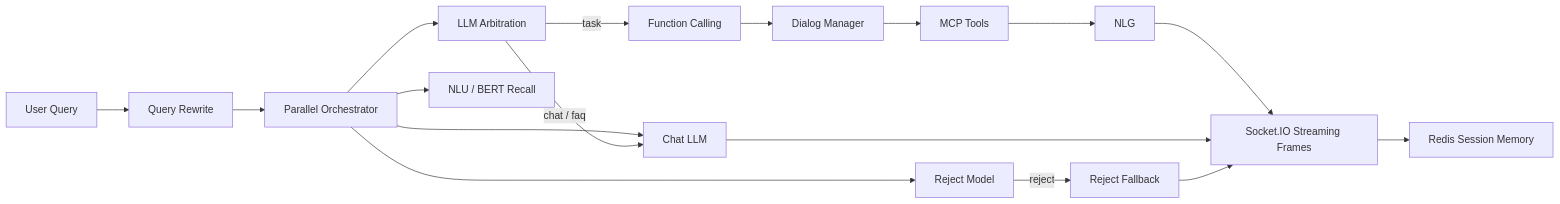
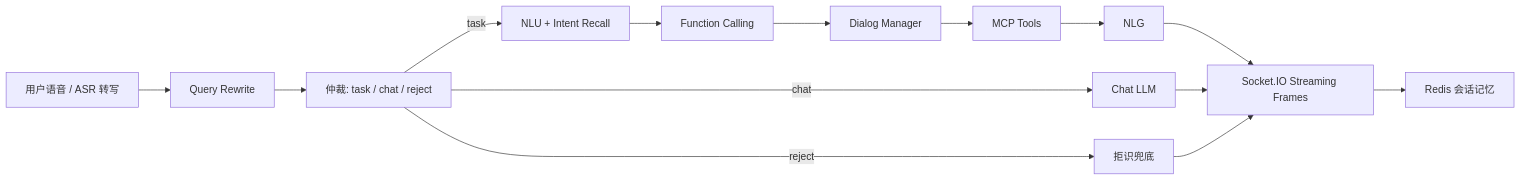
One commit to dingsleep/voiceagent-mcp-system changed the diagram in README.md. Above: the diagram before and after it, drawn with Mermaid. The commit also changed other lines of this file and 2 other files, not shown here.

````diff
--- a/README.md
+++ b/README.md
@@ -41,19 +27,16 @@
 ```mermaid
 flowchart LR
-    U["User Query"] --> W["Query Rewrite"]
-    W --> P["Parallel Orchestrator"]
-    P --> A["LLM Arbitration"]
-    P --> N["NLU / BERT Recall"]
-    P --> R["Reject Model"]
-    P --> C["Chat LLM"]
-    A -->|task| F["Function Calling"]
+    U["用户语音 / ASR 转写"] --> W["Query Rewrite"]
+    W --> A["仲裁: task / chat / reject"]
+    A -->|task| N["NLU + Intent Recall"]
+    A -->|chat| C["Chat LLM"]
+    A -->|reject| X["拒识兜底"]
+    N --> F["Function Calling"]
     F --> D["Dialog Manager"]
     D --> M["MCP Tools"]
     M --> G["NLG"]
-    A -->|chat / faq| C
-    R -->|reject| X["Reject Fallback"]
     G --> S["Socket.IO Streaming Frames"]
     C --> S
     X --> S
-    S --> Redis["Redis Session Memory"]
+    S --> R["Redis 会话记忆"]
 ```
````
